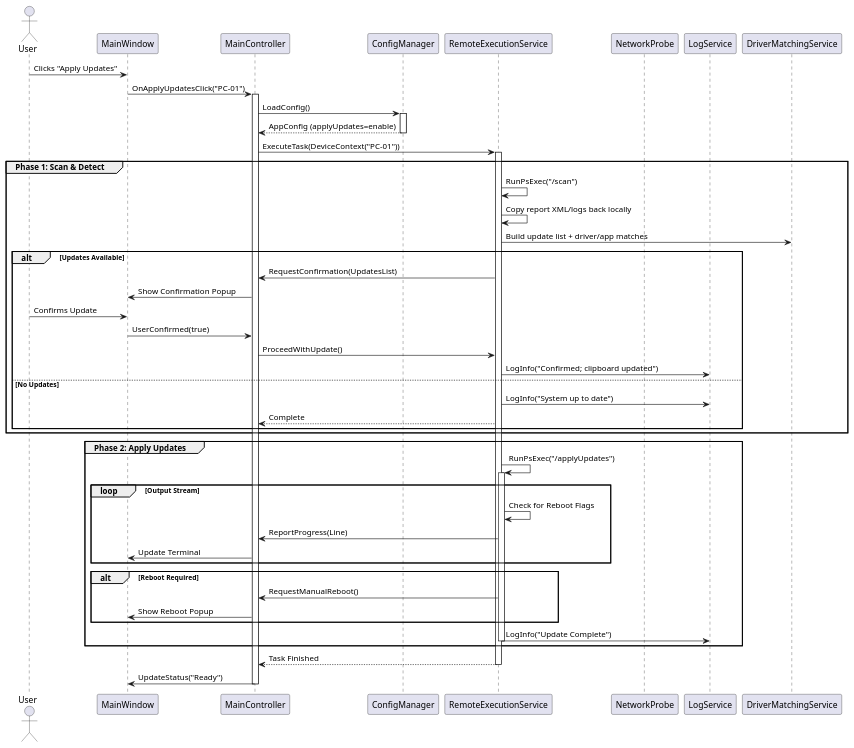
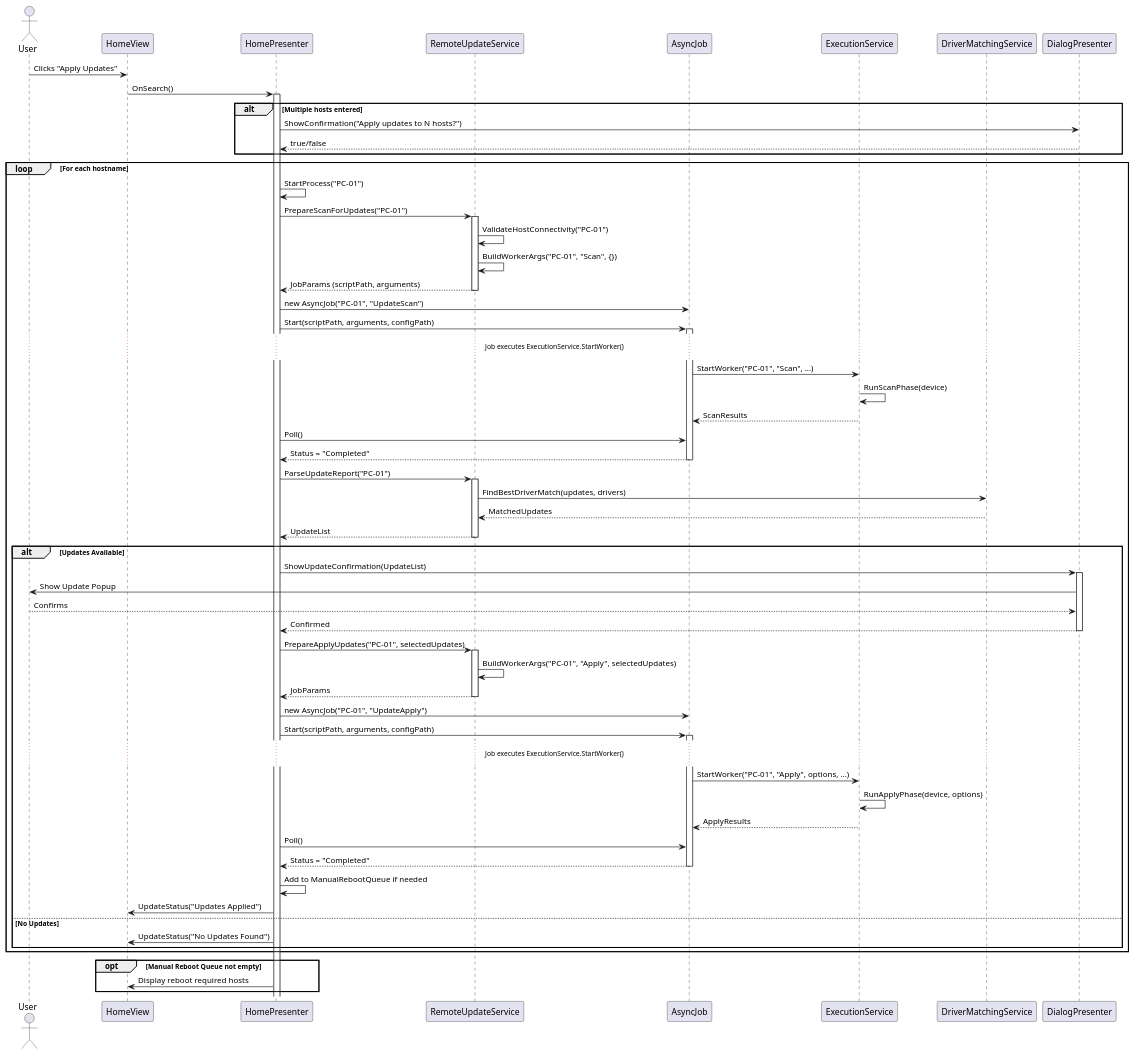
The diagram in docs/diagrams/applyUpdates_sequence_diagram.puml (Danial-Changez/DONUT), drawn with PlantUML before and after one commit. The commit also changed 119 other files, not shown here.

```diff
--- a/docs/diagrams/applyUpdates_sequence_diagram.puml
+++ b/docs/diagrams/applyUpdates_sequence_diagram.puml
@@ -1,65 +1,83 @@
-@startuml
+@startuml Apply Updates Sequence Diagram
 actor User
-participant "MainWindow" as UI
-participant "MainController" as Ctrl
-participant "ConfigManager" as Cfg
-participant "RemoteExecutionService" as Remote
-participant "NetworkProbe" as Net
-participant "LogService" as Log
-participant "DriverMatchingService" as Match
+participant "HomeView" as View
+participant "HomePresenter" as Presenter
+participant "RemoteUpdateService" as Update
+participant "AsyncJob" as Job
+participant "ExecutionService" as Exec
+participant "DriverMatchingService" as Matcher
+participant "DialogPresenter" as Dialog
 
-User -> UI: Clicks "Apply Updates"
-UI -> Ctrl: OnApplyUpdatesClick("PC-01")
-activate Ctrl
+User -> View: Clicks "Apply Updates"
+View -> Presenter: OnSearch()
+activate Presenter
 
-Ctrl -> Cfg: LoadConfig()
-activate Cfg
-Cfg --> Ctrl: AppConfig (applyUpdates=enable)
-deactivate Cfg
+alt Multiple hosts entered
+    Presenter -> Dialog: ShowConfirmation("Apply updates to N hosts?")
+    Dialog --> Presenter: true/false
+end
 
-Ctrl -> Remote: ExecuteTask(DeviceContext("PC-01"))
-activate Remote
+loop For each hostname
+    Presenter -> Presenter: StartProcess("PC-01")
+    
+    Presenter -> Update: PrepareScanForUpdates("PC-01")
+    activate Update
+    Update -> Update: ValidateHostConnectivity("PC-01")
+    Update -> Update: BuildWorkerArgs("PC-01", "Scan", {})
+    Update --> Presenter: JobParams (scriptPath, arguments)
+    deactivate Update
 
-group Phase 1: Scan & Detect
-    Remote -> Remote: RunPsExec("/scan")
-    Remote -> Remote: Copy report XML/logs back locally
-    Remote -> Match: Build update list + driver/app matches
-    
+    Presenter -> Job: new AsyncJob("PC-01", "UpdateScan")
+    Presenter -> Job: Start(scriptPath, arguments, configPath)
+    activate Job
+    ... Job executes ExecutionService.StartWorker() ...
+    Job -> Exec: StartWorker("PC-01", "Scan", ...)
+    Exec -> Exec: RunScanPhase(device)
+    Exec --> Job: ScanResults
+    Presenter -> Job: Poll()
+    Job --> Presenter: Status = "Completed"
+    deactivate Job
+
+    Presenter -> Update: ParseUpdateReport("PC-01")
+    activate Update
+    Update -> Matcher: FindBestDriverMatch(updates, drivers)
+    Matcher --> Update: MatchedUpdates
+    Update --> Presenter: UpdateList
+    deactivate Update
+
     alt Updates Available
-        Remote -> Ctrl: RequestConfirmation(UpdatesList)
-        Ctrl -> UI: Show Confirmation Popup
-        User -> UI: Confirms Update
-        UI -> Ctrl: UserConfirmed(true)
-        Ctrl -> Remote: ProceedWithUpdate()
-        Remote -> Log: LogInfo("Confirmed; clipboard updated")
+        Presenter -> Dialog: ShowUpdateConfirmation(UpdateList)
+        activate Dialog
+        Dialog -> User: Show Update Popup
+        User --> Dialog: Confirms
+        Dialog --> Presenter: Confirmed
+        deactivate Dialog
+        
+        Presenter -> Update: PrepareApplyUpdates("PC-01", selectedUpdates)
+        activate Update
+        Update -> Update: BuildWorkerArgs("PC-01", "Apply", selectedUpdates)
+        Update --> Presenter: JobParams
+        deactivate Update
+        
+        Presenter -> Job: new AsyncJob("PC-01", "UpdateApply")
+        Presenter -> Job: Start(scriptPath, arguments, configPath)
+        activate Job
+        ... Job executes ExecutionService.StartWorker() ...
+        Job -> Exec: StartWorker("PC-01", "Apply", options, ...)
+        Exec -> Exec: RunApplyPhase(device, options)
+        Exec --> Job: ApplyResults
+        Presenter -> Job: Poll()
+        Job --> Presenter: Status = "Completed"
+        deactivate Job
+        
+        Presenter -> Presenter: Add to ManualRebootQueue if needed
+        Presenter -> View: UpdateStatus("Updates Applied")
     else No Updates
-        Remote -> Log: LogInfo("System up to date")
-        Remote --> Ctrl: Complete
+        Presenter -> View: UpdateStatus("No Updates Found")
     end
 end
 
-group Phase 2: Apply Updates
-    Remote -> Remote: RunPsExec("/applyUpdates")
-    activate Remote
-    
-    loop Output Stream
-        Remote -> Remote: Check for Reboot Flags
-        Remote -> Ctrl: ReportProgress(Line)
-        Ctrl -> UI: Update Terminal
-    end
-    
-    alt Reboot Required
-        Remote -> Ctrl: RequestManualReboot()
-        Ctrl -> UI: Show Reboot Popup
-    end
-    
-    Remote -> Log: LogInfo("Update Complete")
-    deactivate Remote
+opt Manual Reboot Queue not empty
+    Presenter -> View: Display reboot required hosts
 end
-
-Remote --> Ctrl: Task Finished
-deactivate Remote
-
-Ctrl -> UI: UpdateStatus("Ready")
-deactivate Ctrl
 @enduml
```
